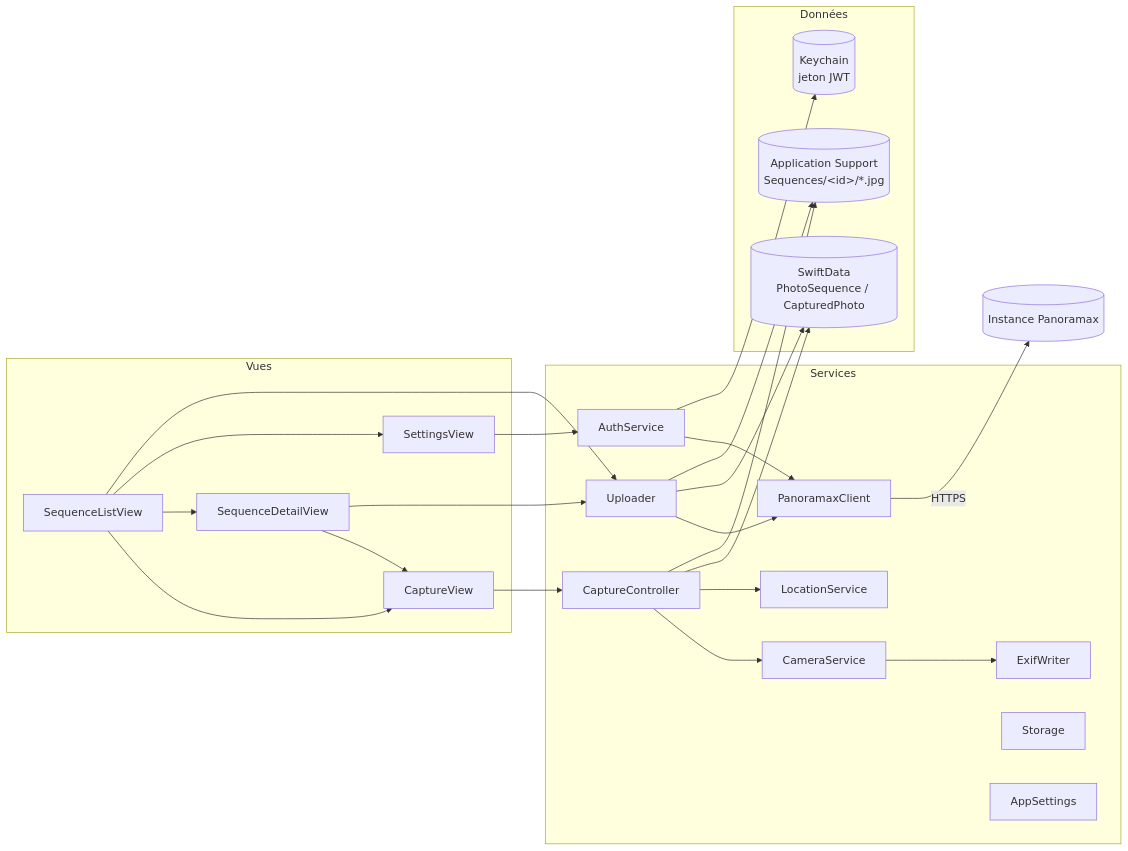
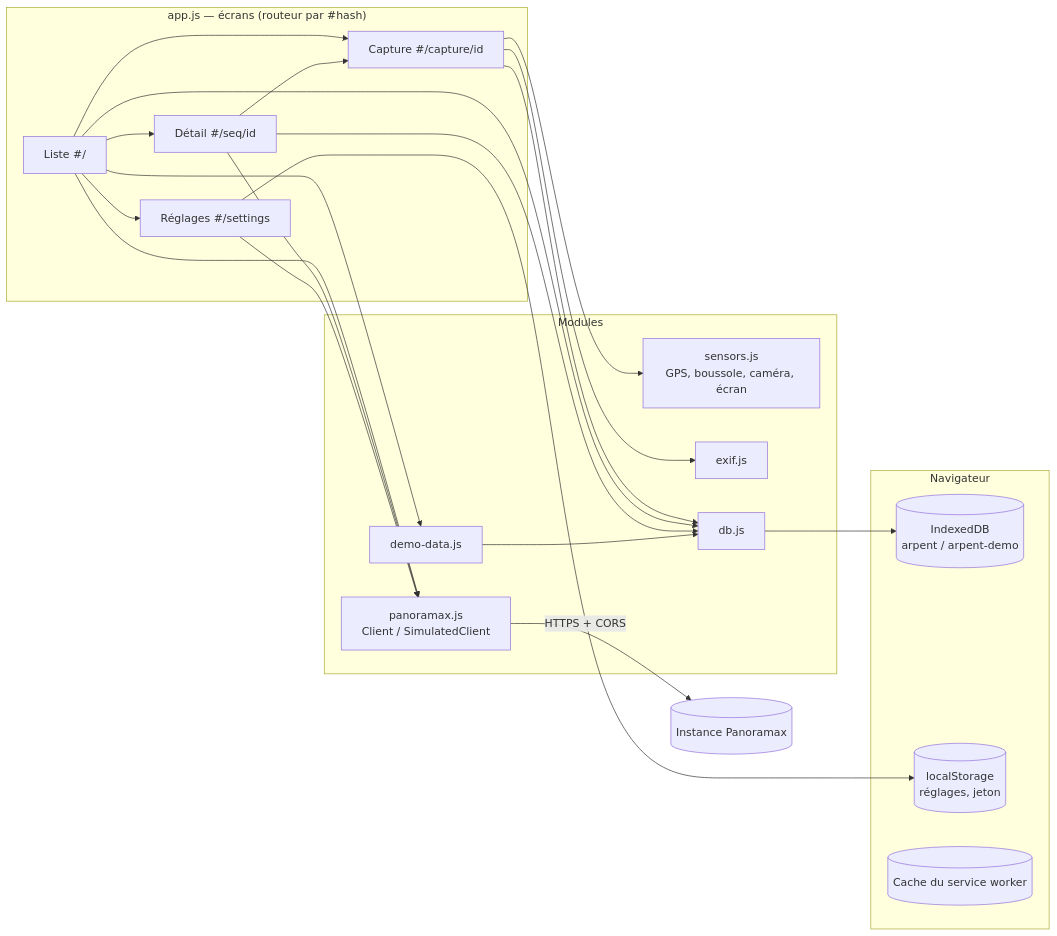
Before and after one commit to blamouche/arpent: the first of 4 diagrams in docs/ARCHITECTURE.md, drawn with Mermaid. The commit also changed other lines of this file and 25 other files, not shown here.

````diff
--- a/docs/ARCHITECTURE.md
+++ b/docs/ARCHITECTURE.md
@@ -18,36 +19,29 @@
 ```mermaid
 flowchart LR
-    subgraph Vues
-        L[SequenceListView]
-        C[CaptureView]
-        D[SequenceDetailView]
-        S[SettingsView]
+    subgraph Écrans["app.js — écrans (routeur par #hash)"]
+        L["Liste #/"]
+        C["Capture #/capture/id"]
+        D["Détail #/seq/id"]
+        S["Réglages #/settings"]
     end
-    subgraph Services
-        CC[CaptureController]
-        CAM[CameraService]
-        LOC[LocationService]
-        EX[ExifWriter]
-        UP[Uploader]
-        AUTH[AuthService]
-        API[PanoramaxClient]
-        ST[Storage]
-        SET[AppSettings]
+    subgraph Modules
+        SEN[sensors.js\nGPS, boussole, caméra, écran]
+        EX[exif.js]
+        API[panoramax.js\nClient / SimulatedClient]
+        DB[db.js]
+        DEMO[demo-data.js]
     end
-    subgraph Données
-        SD[(SwiftData\nPhotoSequence / CapturedPhoto)]
-        FS[(Application Support\nSequences/&lt;id&gt;/*.jpg)]
-        KC[(Keychain\njeton JWT)]
+    subgraph Données["Navigateur"]
+        IDB[(IndexedDB\narpent / arpent-demo)]
+        LS[(localStorage\nréglages, jeton)]
+        SW[(Cache du service worker)]
     end
     L --> C & D & S
     D --> C
-    C --> CC
-    CC --> CAM & LOC
-    CAM --> EX
-    CC --> SD & FS
-    L & D --> UP
-    UP --> API & SD & FS
-    S --> AUTH
-    AUTH --> API & KC
-    API -->|HTTPS| PX[(Instance Panoramax)]
+    C --> SEN & EX & DB
+    L & D --> API & DB
+    S --> API & LS
+    L --> DEMO --> DB
+    DB --> IDB
+    API -->|HTTPS + CORS| PX[(Instance Panoramax)]
 ```
````
